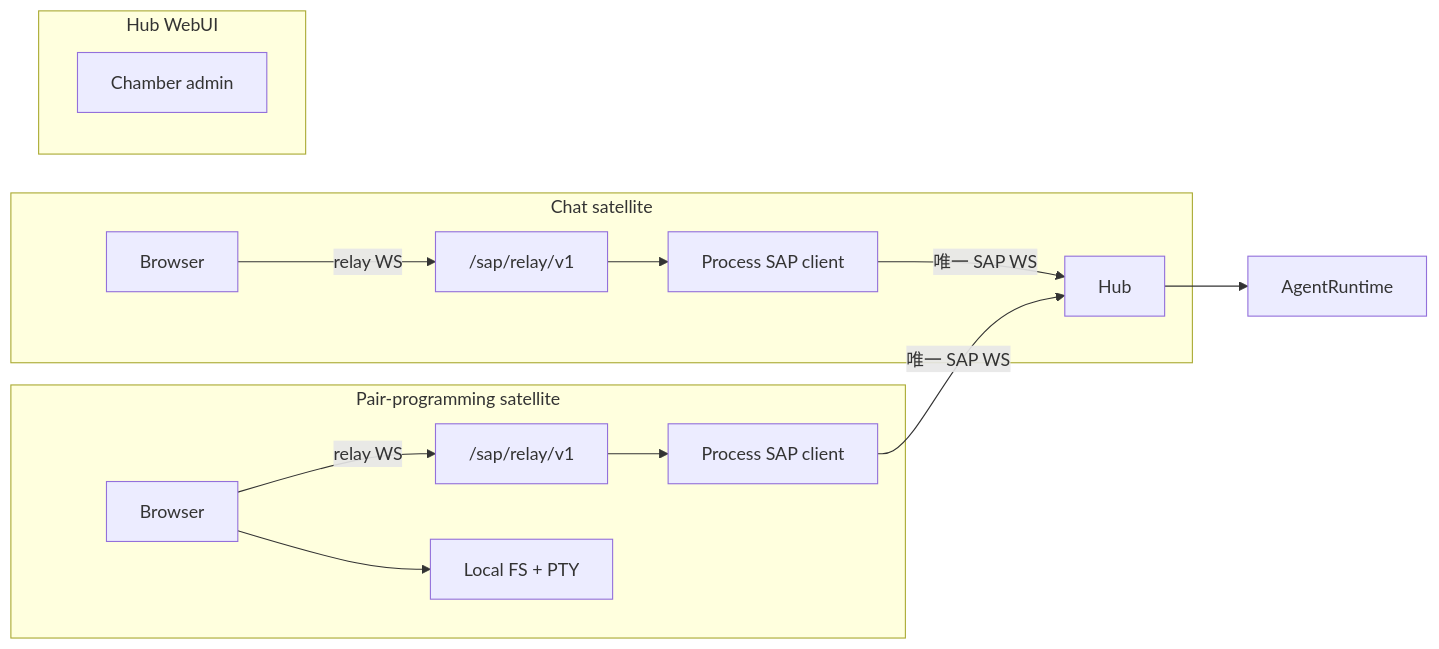
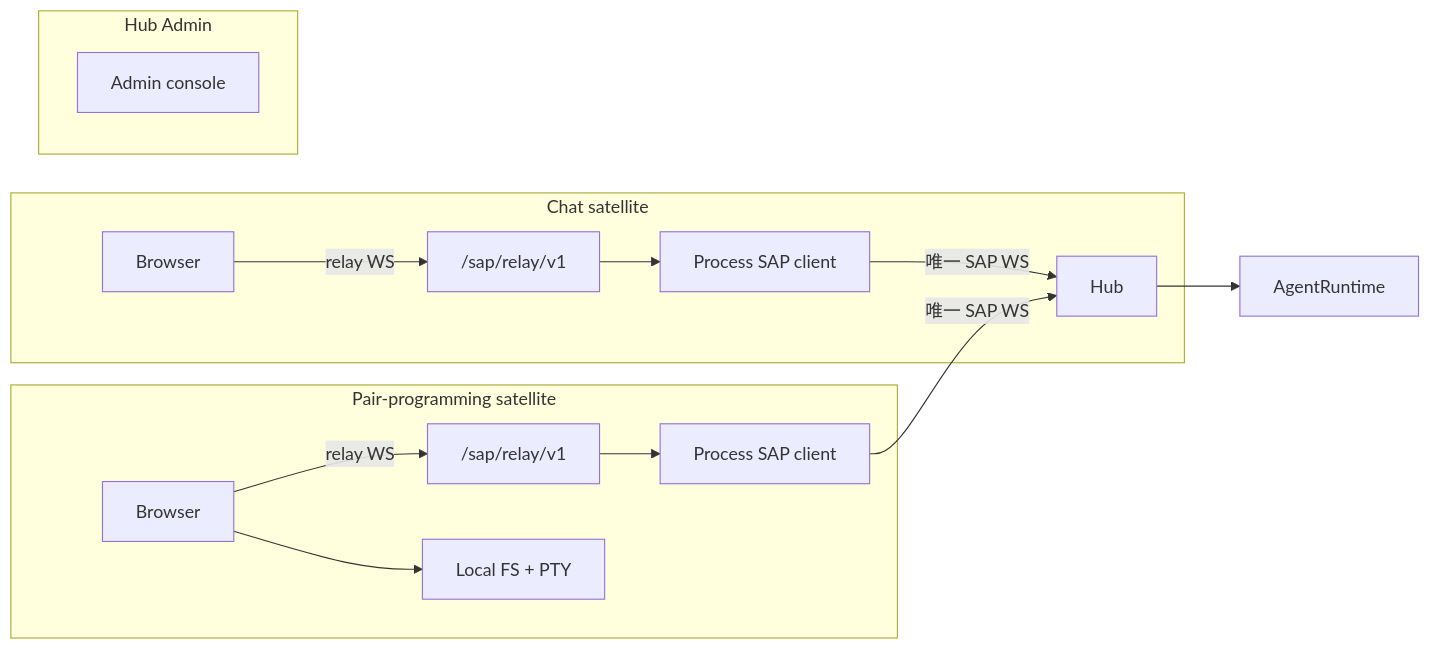
Before and after one commit to freeanima-org/freeanima: the first of 2 diagrams in docs/sap/overview.md, drawn with Mermaid. The commit also changed other lines of this file and 559 other files, not shown here.

````diff
--- a/docs/sap/overview.md
+++ b/docs/sap/overview.md
@@ -20,18 +20,18 @@
 ```mermaid
 flowchart LR
   subgraph chat [Chat satellite]
     B1[Browser] -->|relay WS| Relay1["/sap/relay/v1"]
     Relay1 --> Proc1[Process SAP client]
     Proc1 -->|唯一 SAP WS| Hub
   end
   subgraph ppy [Pair-programming satellite]
     B2[Browser] -->|relay WS| Relay2["/sap/relay/v1"]
     Relay2 --> Proc2[Process SAP client]
     Proc2 -->|唯一 SAP WS| Hub
     B2 --> Local[Local FS + PTY]
   end
   Hub --> Runtime[AgentRuntime]
-  subgraph hubWebUI [Hub WebUI]
-    Chamber[Chamber admin]
+  subgraph hubAdmin [Hub Admin]
+    Admin[Admin console]
   end
 ```
````
